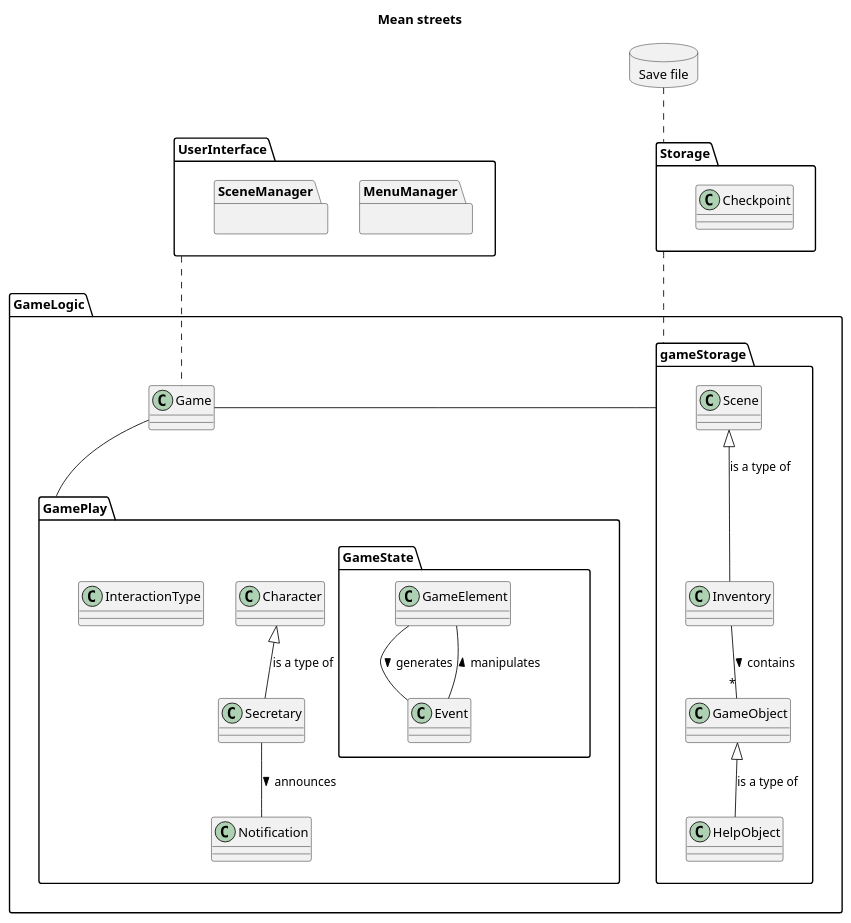
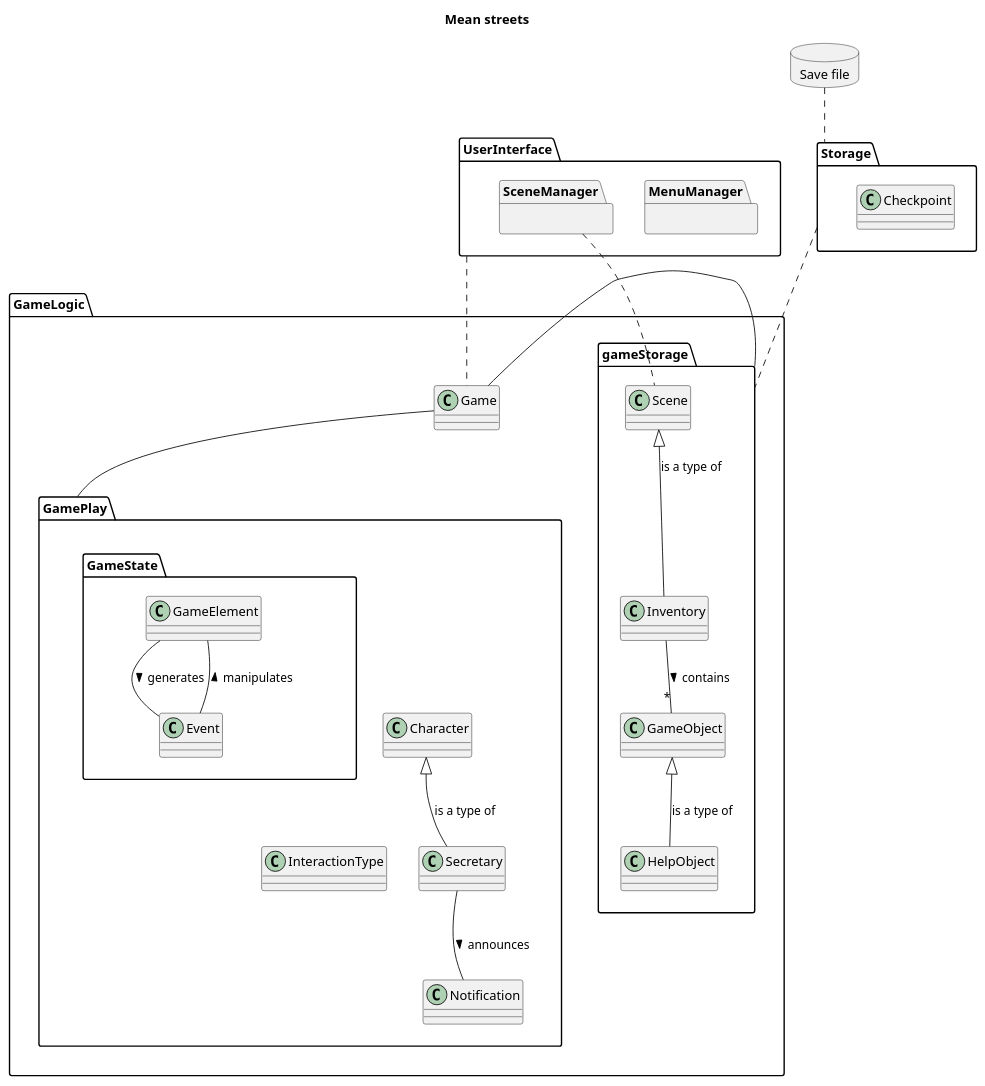
Before and after one commit to NoahHakansson/SE-PA1460: the diagram in architectDiagram.pu, drawn with PlantUML.

Commit message:
Updated and reformed

```diff
--- a/architectDiagram.pu
+++ b/architectDiagram.pu
@@ -1,57 +1,62 @@
 @startuml
 title Mean streets
 top to bottom direction
 database "Save file" {
 }
 package UserInterface {
     package MenuManager {}
     package SceneManager {}
 }
 
 package GameLogic {
     class Game
     package gameStorage {
         class Inventory
         class GameObject
         class HelpObject
         class Scene
     }
 
 
     package GamePlay {
+        class InteractionType
         class Secretary
         class Character
         class Notification
-        class InteractionType
-
         package GameState {
             class GameElement
             class Event
         }
     }
 }
 
 package Storage {
     class Checkpoint
 }
 
 "Save file".. Storage
 UserInterface .. Game
+SceneManager .. Scene
 
 Storage .. gameStorage
 
+InteractionType -[hidden]up- GameState
+Character -[hidden]up- GameState
+Secretary -[hidden]up- GameState
+Notification -[hidden]up- GameState
+InteractionType -[hidden]up- Character
 
 Game - gameStorage
 Game -- GamePlay
 
 Character <|-- Secretary : is a type of
 Scene <|-- Inventory : is a type of
 Inventory -- "*" GameObject : contains >
 
 Secretary -- Notification : announces >
 GameObject <|-- HelpObject : is a type of
 
 GameElement -- Event : generates >
 Event -- GameElement : manipulates >
 
 @enduml
```
